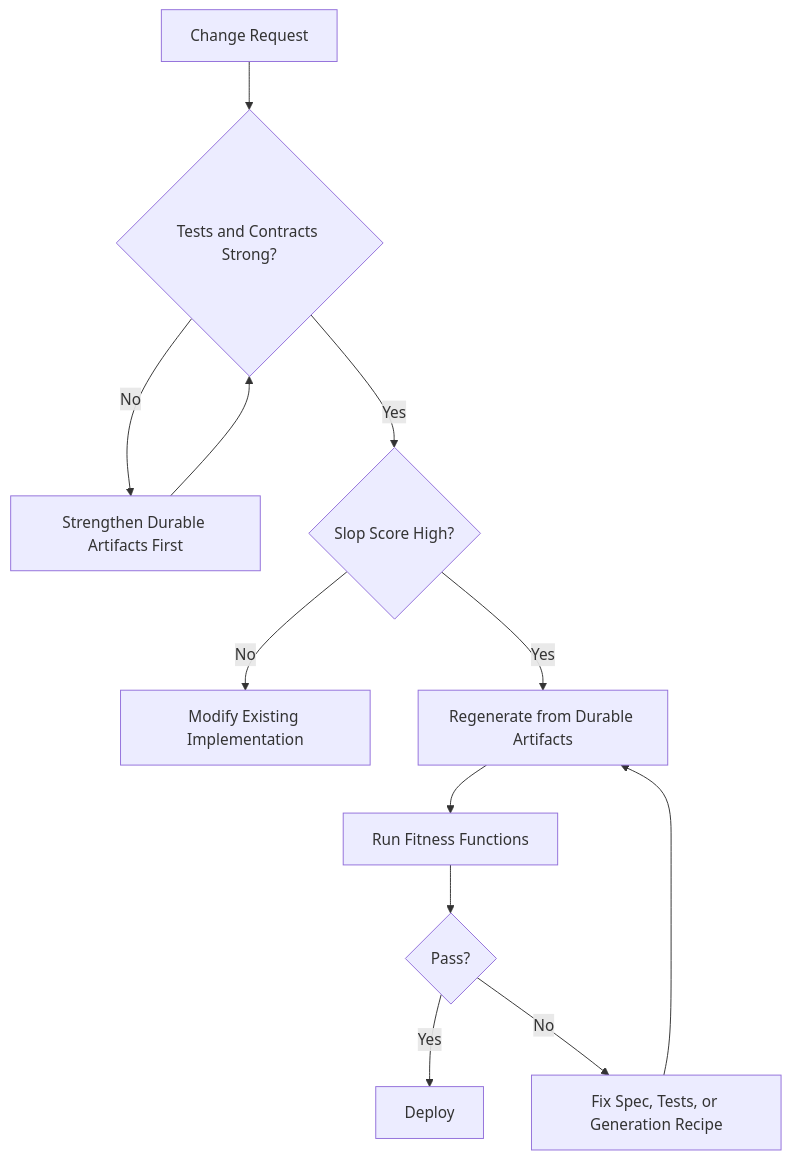
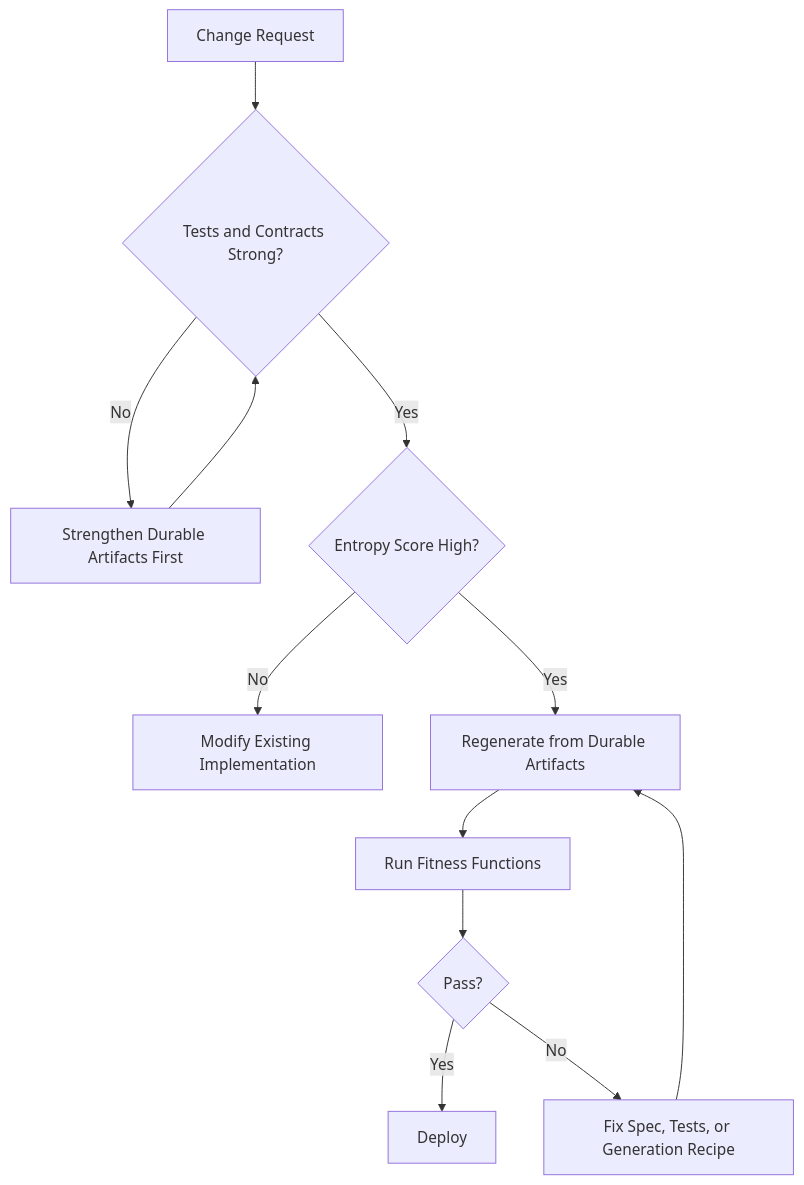
Before and after one commit to MilanStarcevic/regenerable-architecture: the third of 4 diagrams in README.md, drawn with Mermaid. The commit also changed other lines of this file and 20 other files, not shown here.

First line of the commit message:
Reformat docs, rename AI slop → implementation entropy, expand system.yaml

````diff
--- a/README.md
+++ b/README.md
@@ -207,14 +249,14 @@
 ```mermaid
 flowchart TD
     A[Change Request] --> B{Tests and Contracts Strong?}
     B -- No --> C[Strengthen Durable Artifacts First]
     C --> B
-    B -- Yes --> D{Slop Score High?}
+    B -- Yes --> D{Entropy Score High?}
     D -- No --> E[Modify Existing Implementation]
     D -- Yes --> F[Regenerate from Durable Artifacts]
     F --> G[Run Fitness Functions]
     G --> H{Pass?}
     H -- Yes --> I[Deploy]
     H -- No --> J[Fix Spec, Tests, or Generation Recipe]
     J --> F
 ```
````
